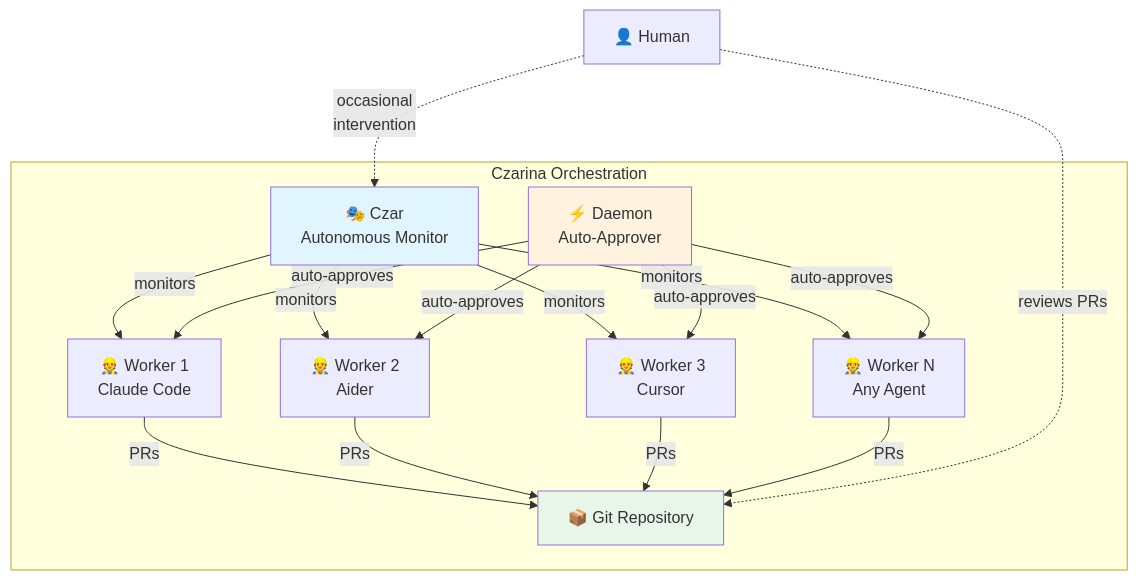
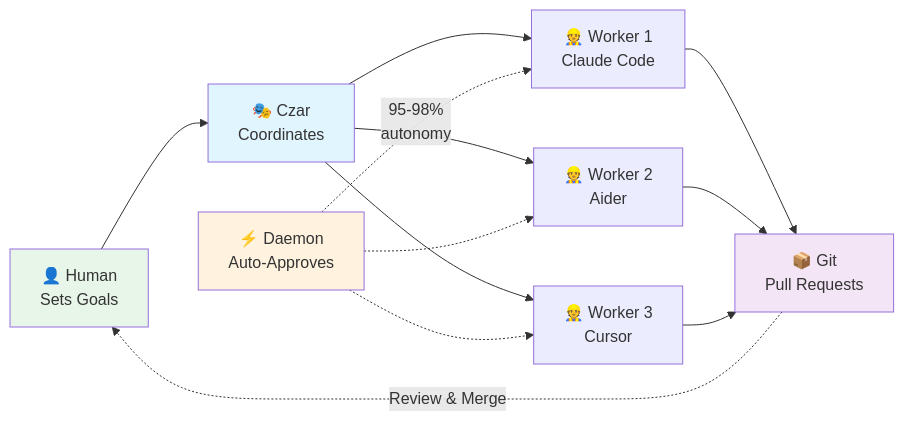
One commit to apathy-ca/czarina changed the diagram in README.md. Above: the diagram before and after it, drawn with Mermaid. The commit also changed other lines of this file and 8 other files, not shown here.

````diff
--- a/README.md
+++ b/README.md
@@ -11,34 +13,23 @@
 ```mermaid
-graph TB
-    subgraph "Czarina Orchestration"
-        Czar[🎭 Czar<br/>Autonomous Monitor]
-        Daemon[⚡ Daemon<br/>Auto-Approver]
+graph LR
+    H[👤 Human<br/>Sets Goals] --> C[🎭 Czar<br/>Coordinates]
 
-        W1[👷 Worker 1<br/>Claude Code]
-        W2[👷 Worker 2<br/>Aider]
-        W3[👷 Worker 3<br/>Cursor]
-        Wn[👷 Worker N<br/>Any Agent]
+    C --> W1[👷 Worker 1<br/>Claude Code]
+    C --> W2[👷 Worker 2<br/>Aider]
+    C --> W3[👷 Worker 3<br/>Cursor]
 
-        Czar -->|monitors| W1
-        Czar -->|monitors| W2
-        Czar -->|monitors| W3
-        Czar -->|monitors| Wn
+    D[⚡ Daemon<br/>Auto-Approves] -.->|95-98%<br/>autonomy| W1
+    D -.-> W2
+    D -.-> W3
 
-        Daemon -->|auto-approves| W1
-        Daemon -->|auto-approves| W2
-        Daemon -->|auto-approves| W3
-        Daemon -->|auto-approves| Wn
+    W1 --> G[📦 Git<br/>Pull Requests]
+    W2 --> G
+    W3 --> G
 
-        W1 -->|PRs| Git[📦 Git Repository]
-        W2 -->|PRs| Git
-        W3 -->|PRs| Git
-        Wn -->|PRs| Git
-    end
+    G -.->|Review & Merge| H
 
-    Human[👤 Human] -.->|occasional<br/>intervention| Czar
-    Human -.->|reviews PRs| Git
-
-    style Czar fill:#e1f5ff
-    style Daemon fill:#fff3e0
-    style Git fill:#e8f5e9
+    style H fill:#e8f5e9
+    style C fill:#e1f5ff
+    style D fill:#fff3e0
+    style G fill:#f3e5f5
 ```
````
